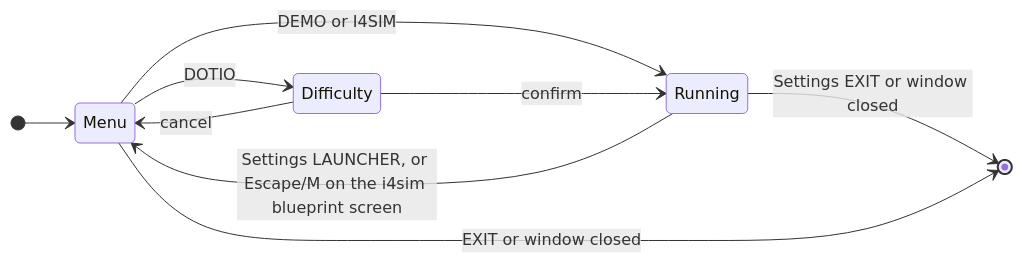
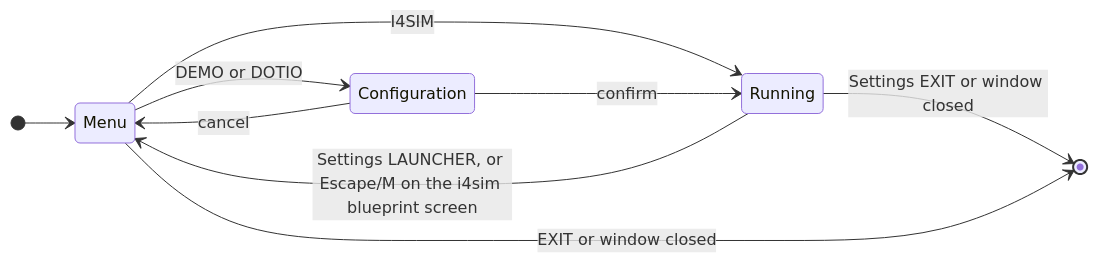
Before and after one commit to SMB-M87/Kinetra-Lab: the diagram in launcher/README.md, drawn with Mermaid. The commit also changed other lines of this file and 38 other files, not shown here.

Commit message:
feat(demo): add a four-scenario launcher menu

````diff
--- a/launcher/README.md
+++ b/launcher/README.md
@@ -33,12 +33,12 @@
 ```mermaid
 stateDiagram-v2
     direction LR
     [*] --> Menu
-    Menu --> Difficulty: DOTIO
-    Difficulty --> Menu: cancel
-    Menu --> Running: DEMO or I4SIM
-    Difficulty --> Running: confirm
+    Menu --> Configuration: DEMO or DOTIO
+    Configuration --> Menu: cancel
+    Menu --> Running: I4SIM
+    Configuration --> Running: confirm
     Running --> Menu: Settings LAUNCHER, or Escape/M on the i4sim blueprint screen
     Running --> [*]: Settings EXIT or window closed
     Menu --> [*]: EXIT or window closed
 ```
````
